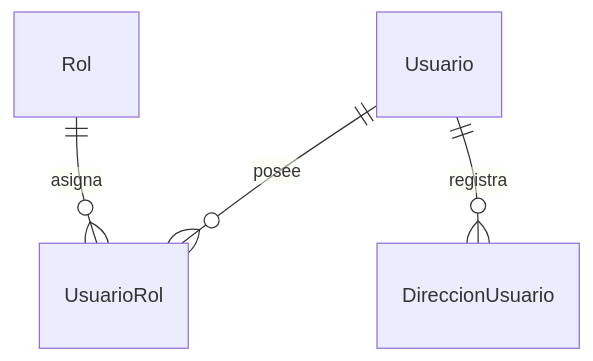
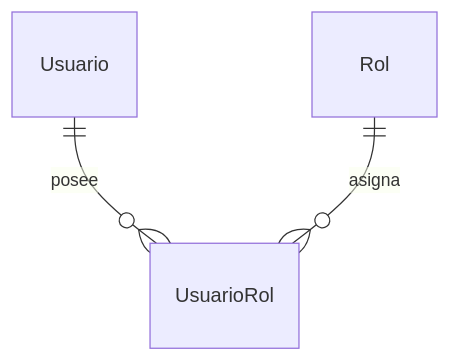
The first of 11 diagrams in docs/er/modelo-er.md (Anderson-b1t/ngt-platform), drawn with Mermaid before and after one commit. The commit also changed other lines of this file and 2 other files, not shown here.

````diff
--- a/docs/er/modelo-er.md
+++ b/docs/er/modelo-er.md
@@ -57,6 +41,5 @@
 ```mermaid
 erDiagram
     Usuario ||--o{ UsuarioRol : posee
     Rol ||--o{ UsuarioRol : asigna
-    Usuario ||--o{ DireccionUsuario : registra
 ```
````
